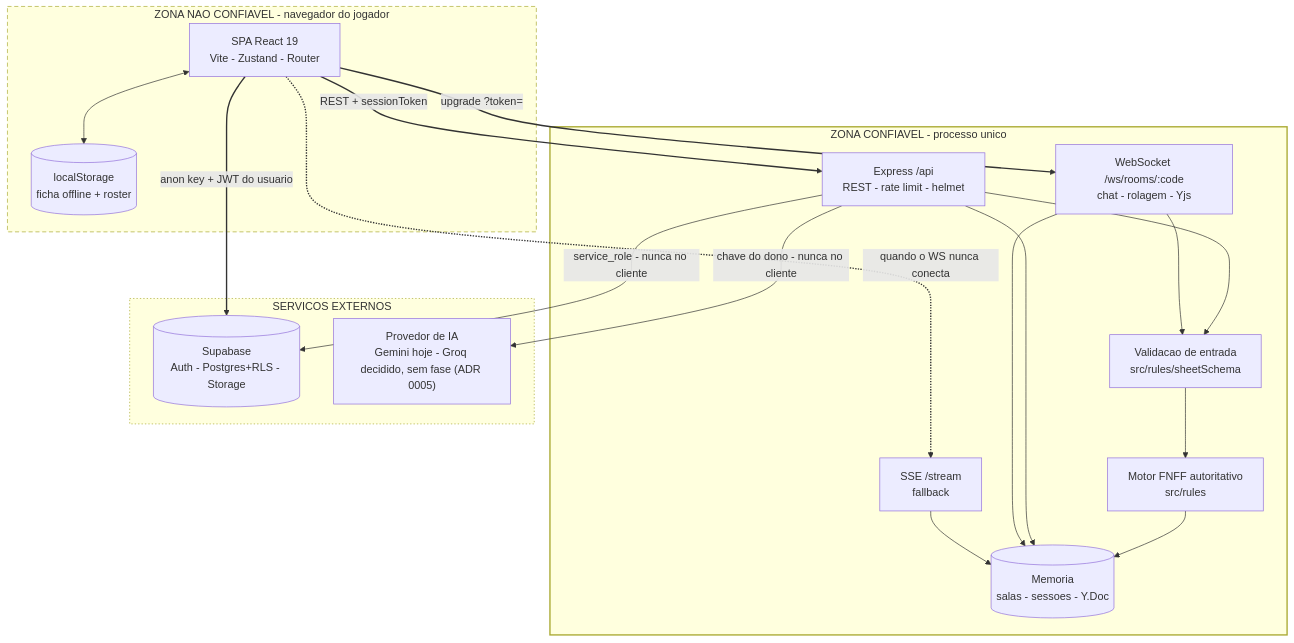
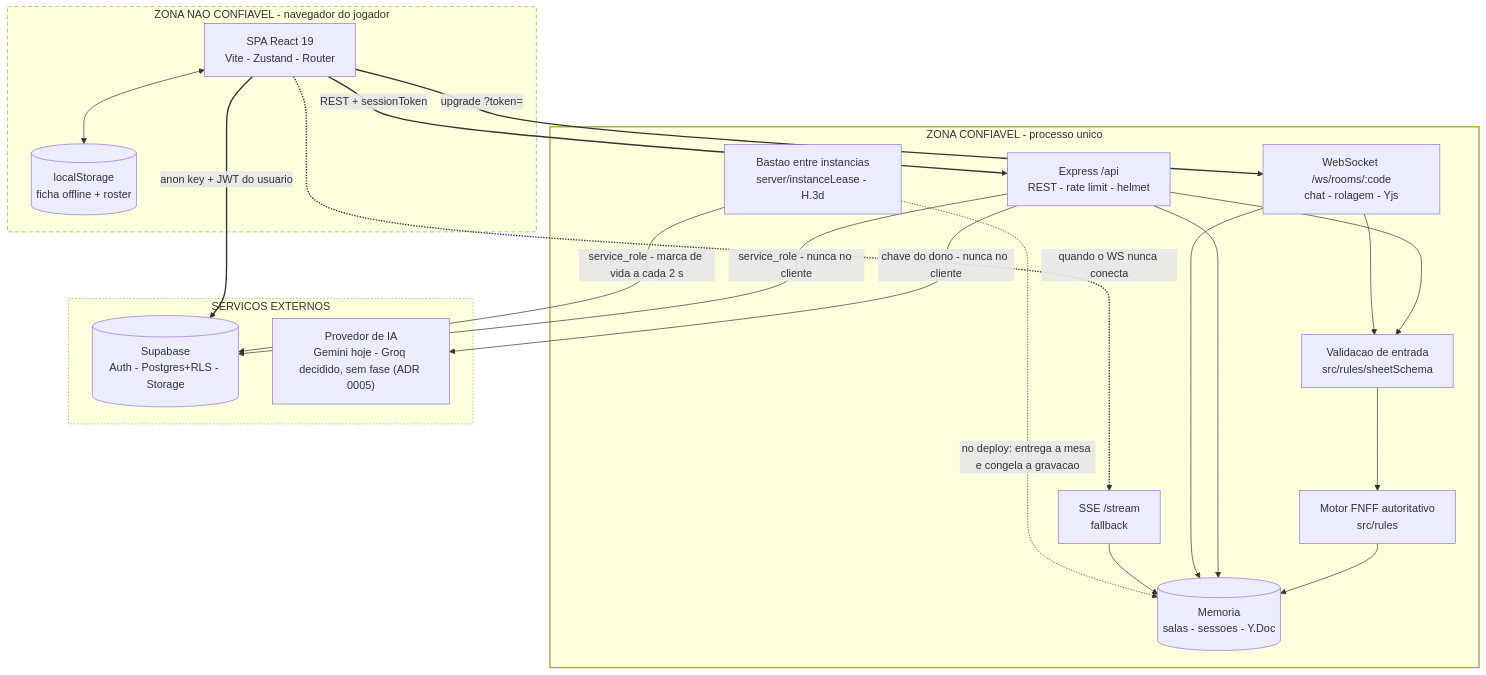
Before and after one commit to tavinholoco/NetsheetEngine: the first of 5 diagrams in docs/ARQUITETURA.md, drawn with Mermaid. The commit also changed other lines of this file and 7 other files, not shown here.

````diff
--- a/docs/ARQUITETURA.md
+++ b/docs/ARQUITETURA.md
@@ -27,43 +27,46 @@
 ```mermaid
 flowchart TB
     subgraph cliente["ZONA NAO CONFIAVEL - navegador do jogador"]
         SPA["SPA React 19<br/>Vite - Zustand - Router"]
         LS[("localStorage<br/>ficha offline + roster")]
     end
 
     subgraph servidor["ZONA CONFIAVEL - processo unico"]
         API["Express /api<br/>REST - rate limit - helmet"]
         WSS["WebSocket /ws/rooms/:code<br/>chat - rolagem - Yjs"]
         SSE["SSE /stream<br/>fallback"]
         VAL["Validacao de entrada<br/>src/rules/sheetSchema"]
         RULES["Motor FNFF autoritativo<br/>src/rules"]
         MEM[("Memoria<br/>salas - sessoes - Y.Doc")]
+        LEASE["Bastao entre instancias<br/>server/instanceLease - H.3d"]
     end
 
     subgraph externo["SERVICOS EXTERNOS"]
         SB[("Supabase<br/>Auth - Postgres+RLS - Storage")]
         AI["Provedor de IA<br/>Gemini hoje - Groq decidido, sem fase (ADR 0005)"]
     end
 
     SPA -->|"REST + sessionToken"| API
     SPA -->|"upgrade ?token="| WSS
     SPA -.->|"quando o WS nunca conecta"| SSE
     SPA -->|"anon key + JWT do usuario"| SB
     SPA <--> LS
 
     API --> VAL
     WSS --> VAL
     VAL --> RULES
     RULES --> MEM
     API --> MEM
     WSS --> MEM
     SSE --> MEM
 
     API -->|"service_role - nunca no cliente"| SB
     API -->|"chave do dono - nunca no cliente"| AI
+    LEASE -->|"service_role - marca de vida a cada 2 s"| SB
+    LEASE -.->|"no deploy: entrega a mesa e congela a gravacao"| MEM
 
     linkStyle 0,1,2,3 stroke-width:2px
     style cliente stroke-dasharray: 6 4
     style servidor stroke-width:2px
     style externo stroke-dasharray: 2 3
 ```
````
